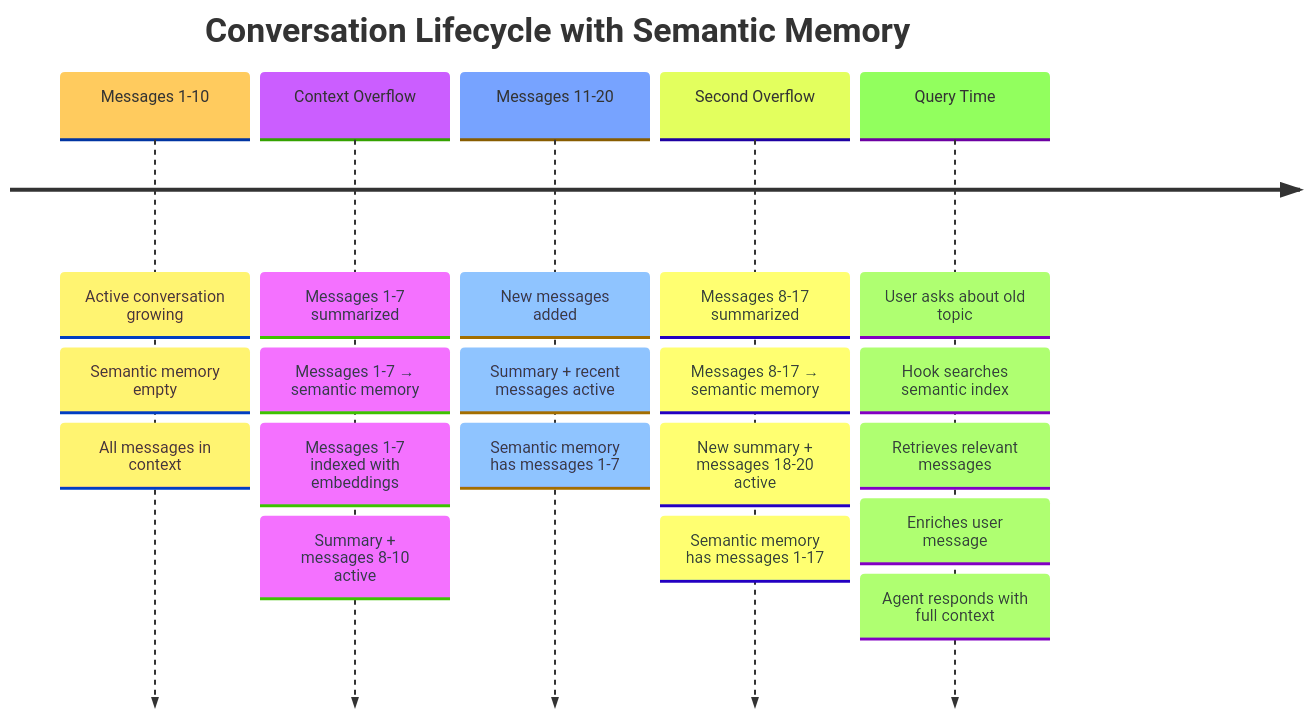
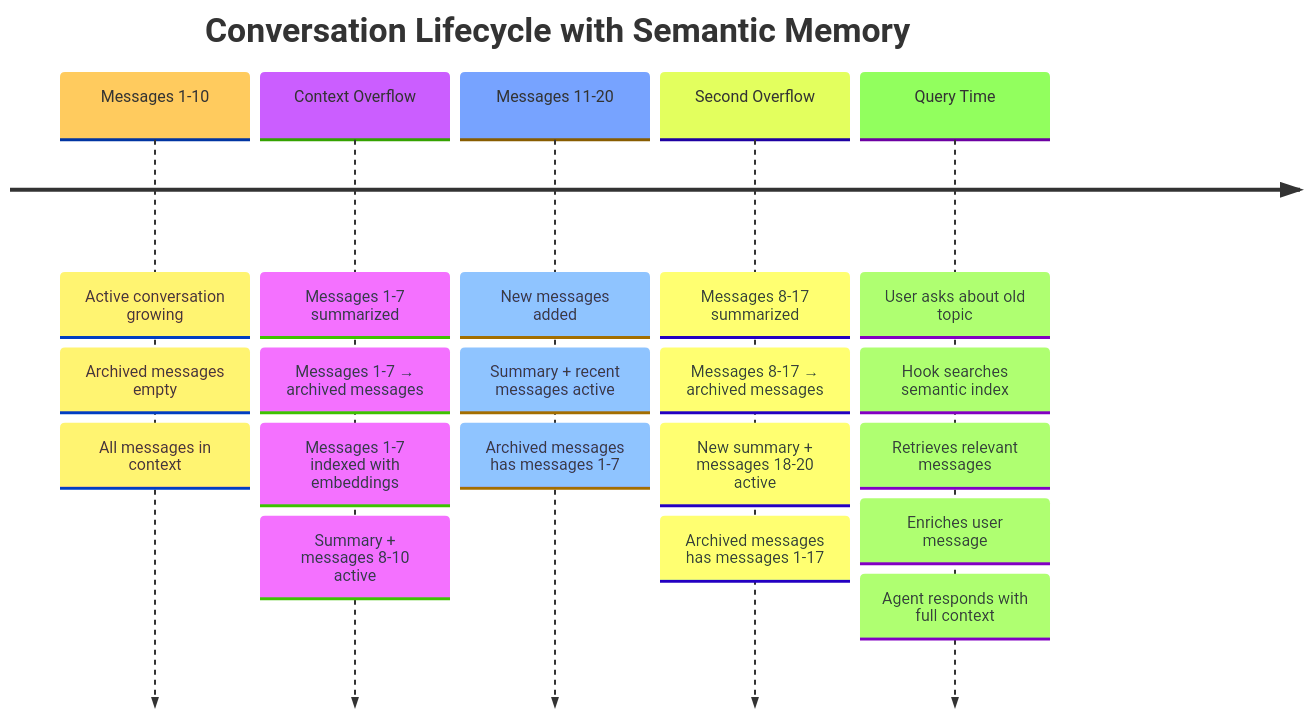
One commit to danilop/strands-agents-semantic-summarizing-conversation-manager changed the third of 5 diagrams in README.md. Above: the diagram before and after it, drawn with Mermaid. The commit also changed other lines of this file, not shown here.

First line of the commit message:
Improve Phase 2 diagram flow and rename to 'Archived Messages'

````diff
--- a/README.md
+++ b/README.md
@@ -253,29 +253,29 @@
 ```mermaid
 %%{init: {"theme": "base"}}%%
 timeline
     title Conversation Lifecycle with Semantic Memory
 
     Messages 1-10 : Active conversation growing
-                  : Semantic memory empty
+                  : Archived messages empty
                   : All messages in context
 
     Context Overflow : Messages 1-7 summarized
-                     : Messages 1-7 → semantic memory
+                     : Messages 1-7 → archived messages
                      : Messages 1-7 indexed with embeddings
                      : Summary + messages 8-10 active
 
     Messages 11-20 : New messages added
                    : Summary + recent messages active
-                   : Semantic memory has messages 1-7
+                   : Archived messages has messages 1-7
 
     Second Overflow : Messages 8-17 summarized
-                    : Messages 8-17 → semantic memory
+                    : Messages 8-17 → archived messages
                     : New summary + messages 18-20 active
-                    : Semantic memory has messages 1-17
+                    : Archived messages has messages 1-17
 
     Query Time : User asks about old topic
                : Hook searches semantic index
                : Retrieves relevant messages
                : Enriches user message
                : Agent responds with full context
 ```
````
